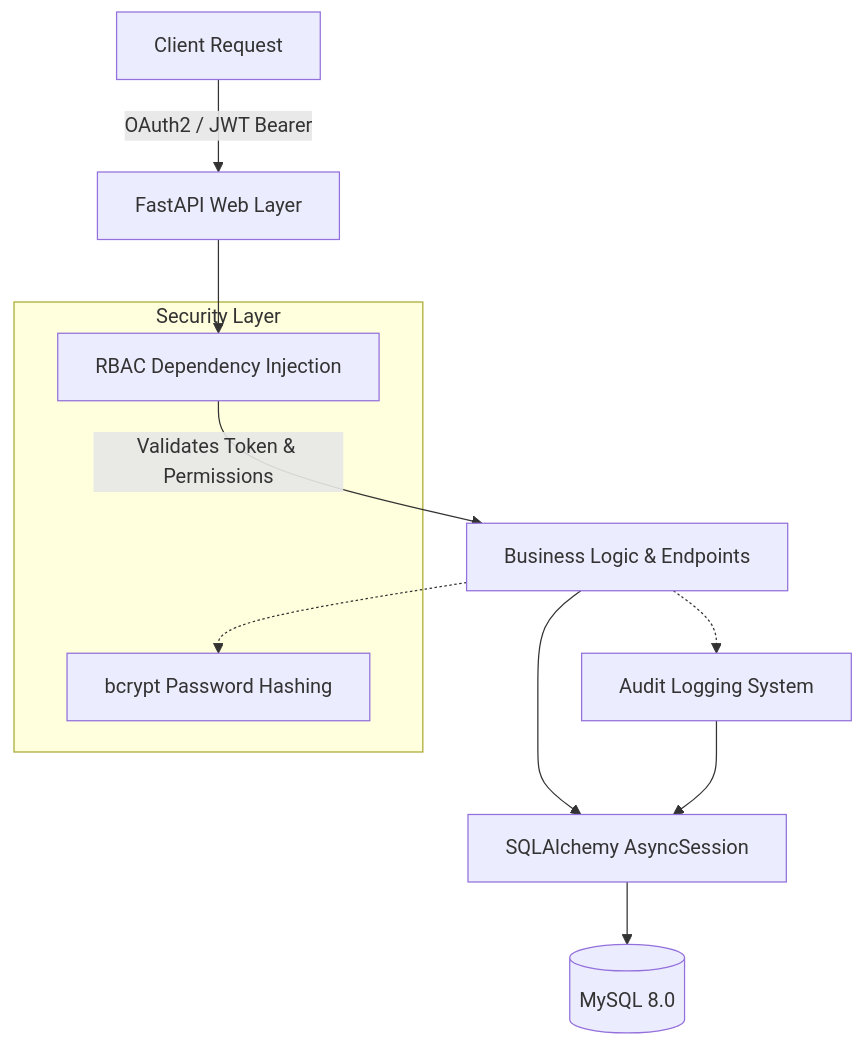
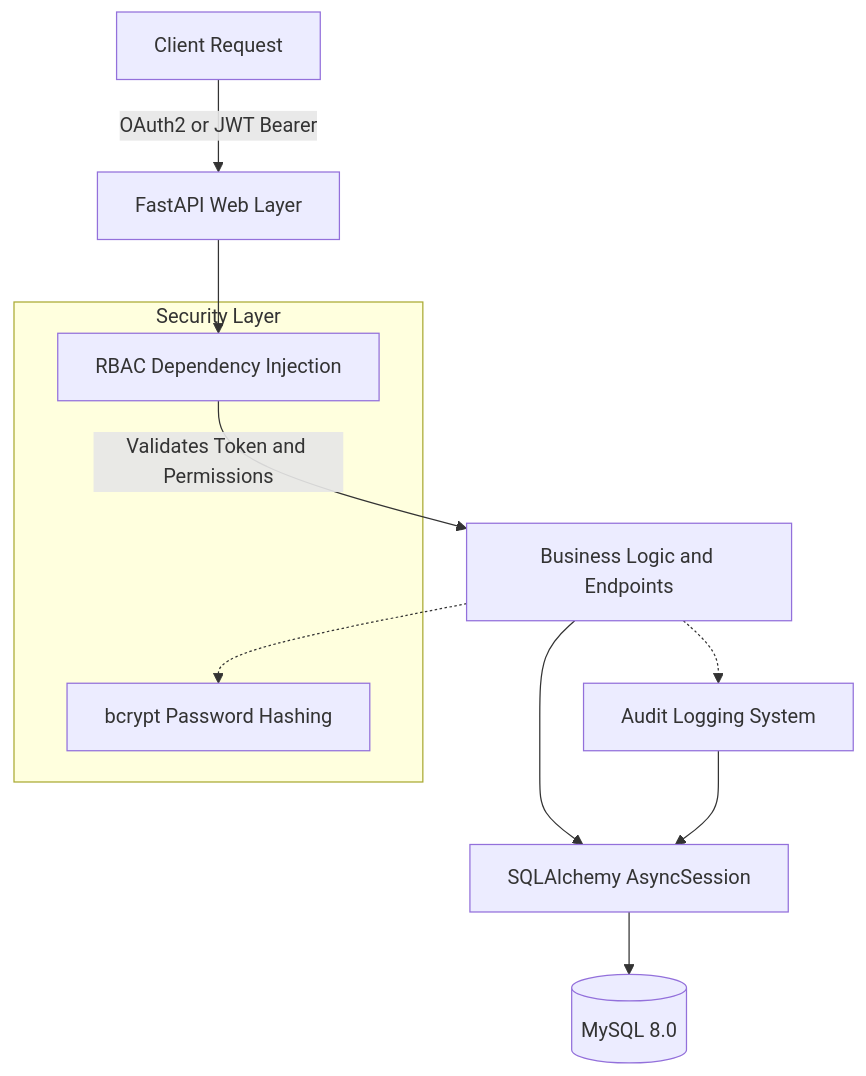
One commit to Pari2003/AuthVault changed the diagram in README.md. Above: the diagram before and after it, drawn with Mermaid.

Commit message:
fix: resolve mermaid diagram parsing error caused by ampersands

````diff
--- a/README.md
+++ b/README.md
@@ -11,19 +11,19 @@
 ```mermaid
 graph TD
-    Client[Client Request] -->|OAuth2 / JWT Bearer| API[FastAPI Web Layer]
+    Client[Client Request] -->|OAuth2 or JWT Bearer| API[FastAPI Web Layer]
     API --> AuthGuard[RBAC Dependency Injection]
-    AuthGuard -->|Validates Token & Permissions| Core[Business Logic & Endpoints]
+    AuthGuard -->|Validates Token and Permissions| Core[Business Logic and Endpoints]
     
     subgraph Security Layer
         AuthGuard
         Crypto[bcrypt Password Hashing]
     end
     
     Core -.-> Crypto
     Core -.-> Audit[Audit Logging System]
     
     Core --> AsyncORM[SQLAlchemy AsyncSession]
     Audit --> AsyncORM
     
     AsyncORM --> Database[(MySQL 8.0)]
 ```
````
